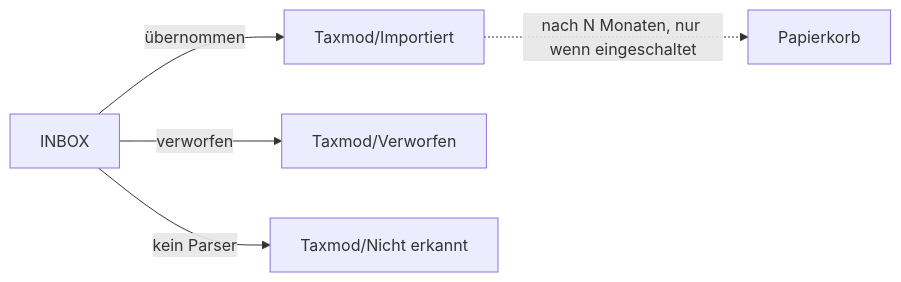
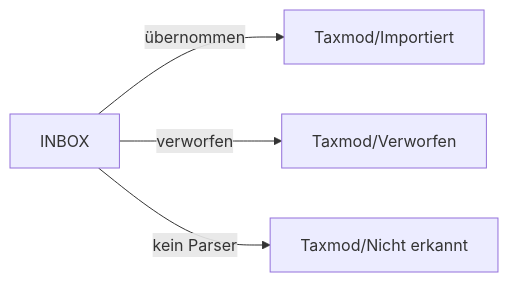
The third of 4 diagrams in docs/pakete/mail/konzept.md (sfambach/wp-taxonomy-modeler), drawn with Mermaid before and after one commit. The commit also changed other lines of this file, not shown here.

````diff
--- a/docs/pakete/mail/konzept.md
+++ b/docs/pakete/mail/konzept.md
@@ -80,7 +80,6 @@
 ```mermaid
 flowchart LR
   IN["INBOX"] -->|übernommen| A["Taxmod/Importiert"]
   IN -->|verworfen| V["Taxmod/Verworfen"]
   IN -->|kein Parser| N["Taxmod/Nicht erkannt"]
-  A -.->|"nach N Monaten, nur wenn eingeschaltet"| P["Papierkorb"]
 ```
````
